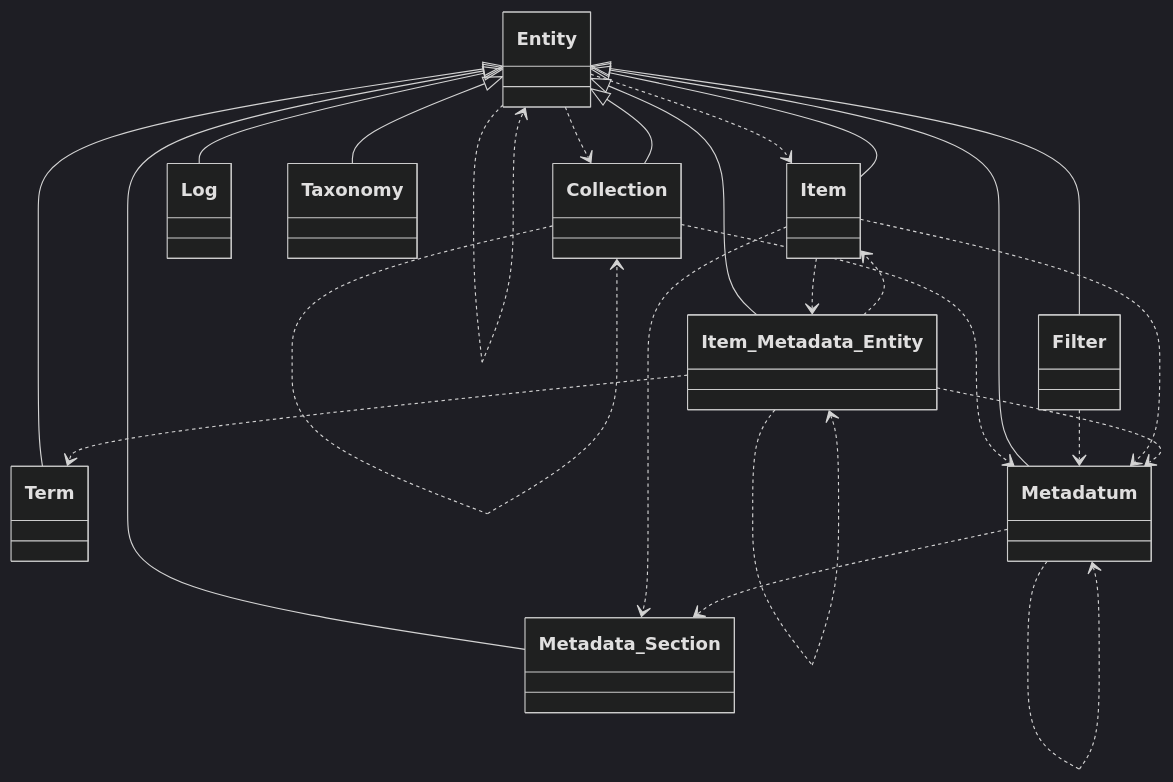
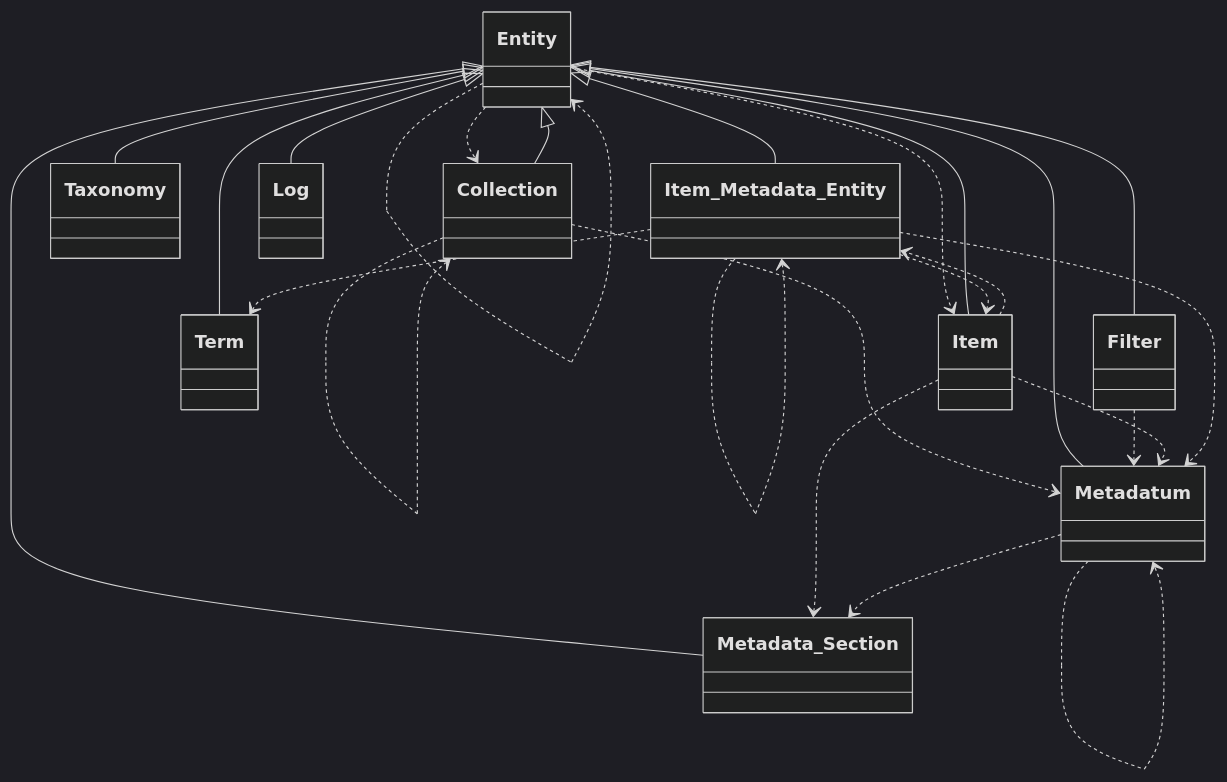
One commit to tainacan/tainacan changed the diagram in docs/diagrams/tainacan-namespace-Tainacan-Entities.mmd. Above: the diagram before and after it, drawn with Mermaid (dark theme). The commit also changed other lines of this file and 112 other files, not shown here.

```diff
--- a/docs/diagrams/tainacan-namespace-Tainacan-Entities.mmd
+++ b/docs/diagrams/tainacan-namespace-Tainacan-Entities.mmd
@@ -1,36 +1,36 @@
 classDiagram
     direction TB
+    class Metadata_Section { }
+    class Item_Metadata_Entity { }
+    class Taxonomy { }
+    class Metadatum { }
+    class Filter { }
+    class Entity { }
+    class Collection { }
+    class Term { }
     class Item { }
-    class Collection { }
-    class Metadata_Section { }
     class Log { }
-    class Term { }
-    class Taxonomy { }
-    class Entity { }
-    class Filter { }
-    class Metadatum { }
-    class Item_Metadata_Entity { }
     Collection ..> Collection
     Collection ..> Metadatum
     Entity ..> Collection
     Entity ..> Entity
     Entity ..> Item
     Entity <|-- Collection
     Entity <|-- Filter
     Entity <|-- Item
     Entity <|-- Item_Metadata_Entity
     Entity <|-- Log
     Entity <|-- Metadata_Section
     Entity <|-- Metadatum
     Entity <|-- Taxonomy
     Entity <|-- Term
     Filter ..> Metadatum
     Item ..> Item_Metadata_Entity
     Item ..> Metadata_Section
     Item ..> Metadatum
     Item_Metadata_Entity ..> Item
     Item_Metadata_Entity ..> Item_Metadata_Entity
     Item_Metadata_Entity ..> Metadatum
     Item_Metadata_Entity ..> Term
     Metadatum ..> Metadata_Section
     Metadatum ..> Metadatum
```
